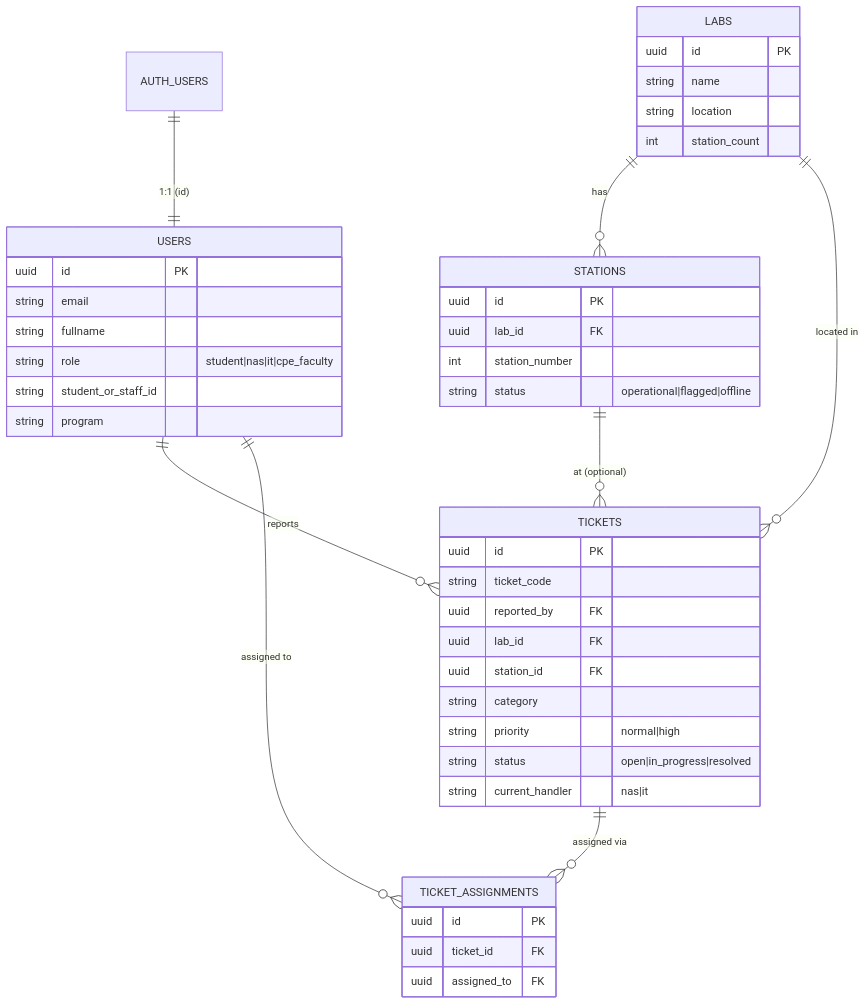
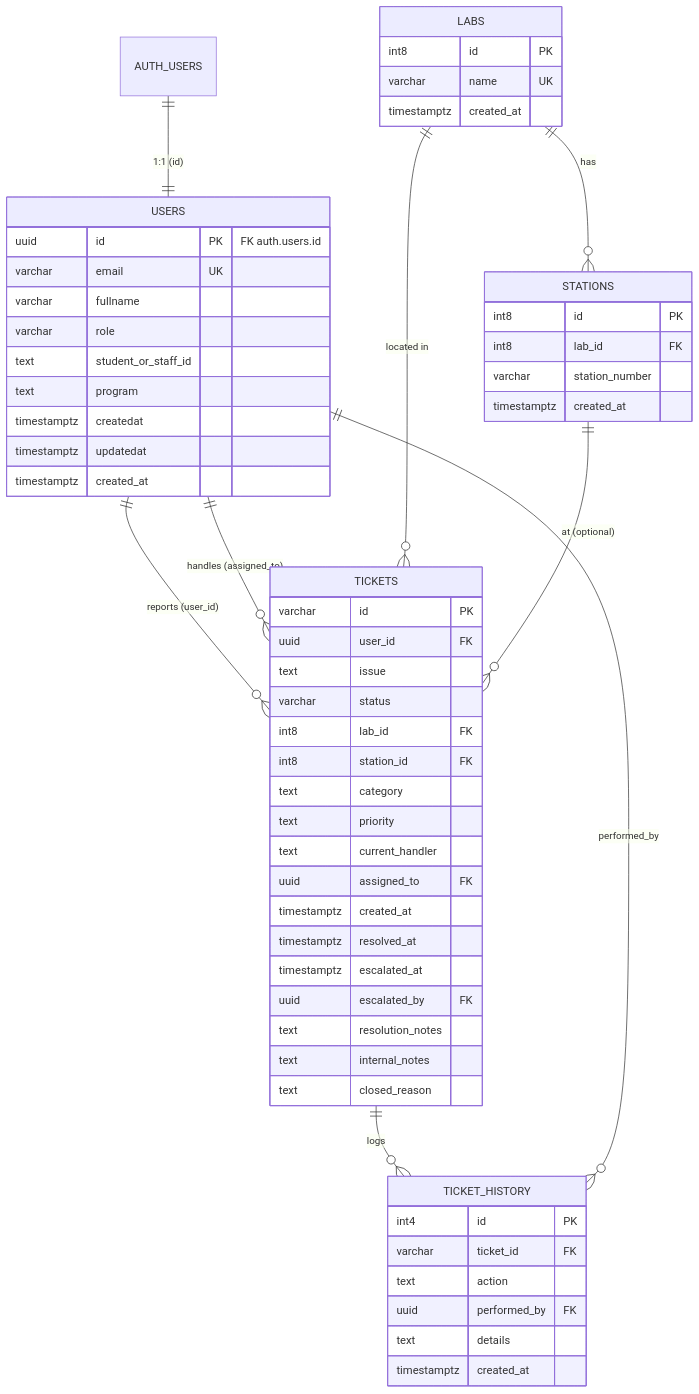
The fourth of 4 diagrams in docs/presentation/UML_DIAGRAMS.md (SeanixReal/Jobelonese), drawn with Mermaid before and after one commit. The commit also changed other lines of this file, not shown here.

First line of the commit message:
docs: align UML ERD with live Supabase schema (#59)

````diff
--- a/docs/presentation/UML_DIAGRAMS.md
+++ b/docs/presentation/UML_DIAGRAMS.md
@@ -159,47 +171,61 @@
 ```mermaid
 erDiagram
     AUTH_USERS ||--|| USERS : "1:1 (id)"
-    USERS ||--o{ TICKETS : "reports"
+    USERS ||--o{ TICKETS : "reports (user_id)"
+    USERS ||--o{ TICKETS : "handles (assigned_to)"
     LABS ||--o{ STATIONS : "has"
     LABS ||--o{ TICKETS : "located in"
     STATIONS ||--o{ TICKETS : "at (optional)"
-    TICKETS ||--o{ TICKET_ASSIGNMENTS : "assigned via"
-    USERS ||--o{ TICKET_ASSIGNMENTS : "assigned to"
+    TICKETS ||--o{ TICKET_HISTORY : "logs"
+    USERS ||--o{ TICKET_HISTORY : "performed_by"
 
     USERS {
-        uuid id PK
-        string email
-        string fullname
-        string role "student|nas|it|cpe_faculty"
-        string student_or_staff_id
-        string program
+        uuid id PK "FK auth.users.id"
+        varchar email UK
+        varchar fullname
+        varchar role
+        text student_or_staff_id
+        text program
+        timestamptz createdat
+        timestamptz updatedat
+        timestamptz created_at
     }
     LABS {
-        uuid id PK
-        string name
-        string location
-        int station_count
+        int8 id PK
+        varchar name UK
+        timestamptz created_at
     }
     STATIONS {
-        uuid id PK
-        uuid lab_id FK
-        int station_number
-        string status "operational|flagged|offline"
+        int8 id PK
+        int8 lab_id FK
+        varchar station_number
+        timestamptz created_at
     }
     TICKETS {
-        uuid id PK
-        string ticket_code
-        uuid reported_by FK
-        uuid lab_id FK
-        uuid station_id FK
-        string category
-        string priority "normal|high"
-        string status "open|in_progress|resolved"
-        string current_handler "nas|it"
+        varchar id PK
+        uuid user_id FK
+        text issue
+        varchar status
+        int8 lab_id FK
+        int8 station_id FK
+        text category
+        text priority
+        text current_handler
+        uuid assigned_to FK
+        timestamptz created_at
+        timestamptz resolved_at
+        timestamptz escalated_at
+        uuid escalated_by FK
+        text resolution_notes
+        text internal_notes
+        text closed_reason
     }
-    TICKET_ASSIGNMENTS {
-        uuid id PK
-        uuid ticket_id FK
-        uuid assigned_to FK
+    TICKET_HISTORY {
+        int4 id PK
+        varchar ticket_id FK
+        text action
+        uuid performed_by FK
+        text details
+        timestamptz created_at
     }
 ```
````
